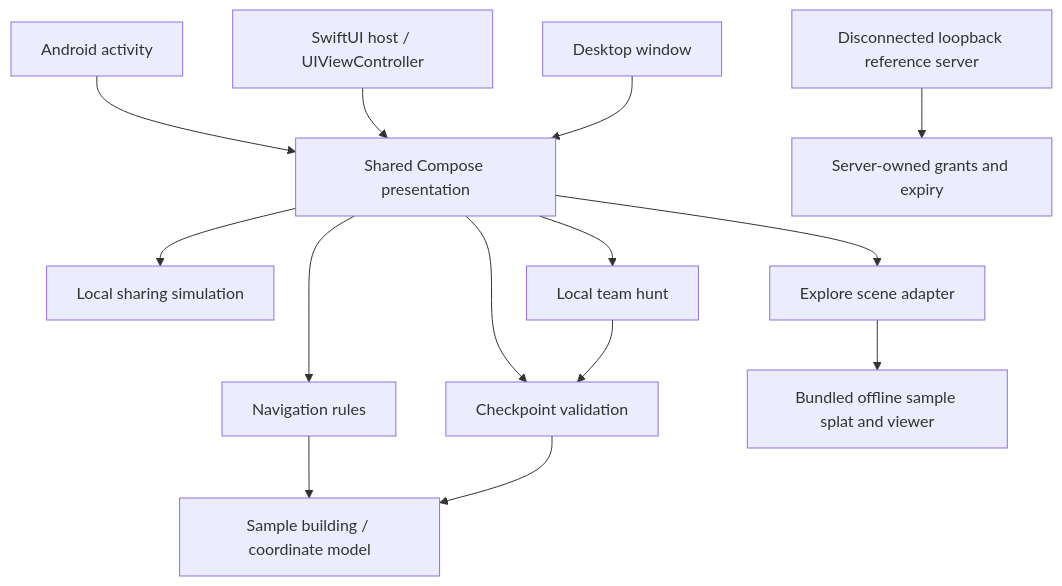
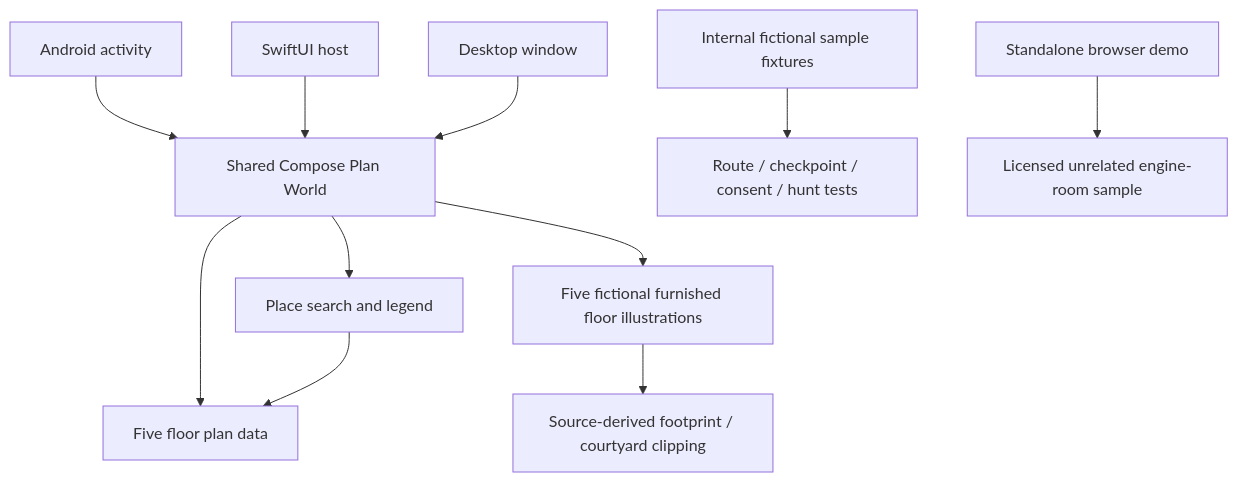
Before and after one commit to e-mric/BeThereCentral: the diagram in docs/ARCHITECTURE.md, drawn with Mermaid. The commit also changed other lines of this file and 37 other files, not shown here.

Commit message:
Build five furnished pixel worlds from supplied BeCentral plans

````diff
--- a/docs/ARCHITECTURE.md
+++ b/docs/ARCHITECTURE.md
@@ -7,16 +7,13 @@
 ```mermaid
 flowchart TD
-    Android[Android activity] --> UI[Shared Compose presentation]
-    iOS[SwiftUI host / UIViewController] --> UI
+    Android[Android activity] --> UI[Shared Compose Plan World]
+    iOS[SwiftUI host] --> UI
     Desktop[Desktop window] --> UI
-    UI --> Navigation[Navigation rules]
-    UI --> Checkpoints[Checkpoint validation]
-    UI --> Sharing[Local sharing simulation]
-    UI --> Hunt[Local team hunt]
-    UI --> Explore[Explore scene adapter]
-    Explore --> Bundle[Bundled offline sample splat and viewer]
-    Navigation --> Building[Sample building / coordinate model]
-    Checkpoints --> Building
-    Hunt --> Checkpoints
-    Reference[Disconnected loopback reference server] --> Grants[Server-owned grants and expiry]
+    UI --> Plans[Five floor plan data]
+    UI --> Search[Place search and legend]
+    Search --> Plans
+    UI --> Art[Five fictional furnished floor illustrations]
+    Art --> Mask[Source-derived footprint / courtyard clipping]
+    Legacy[Internal fictional sample fixtures] --> LegacyTests[Route / checkpoint / consent / hunt tests]
+    Browser[Standalone browser demo] --> Viewer[Licensed unrelated engine-room sample]
 ```
````
